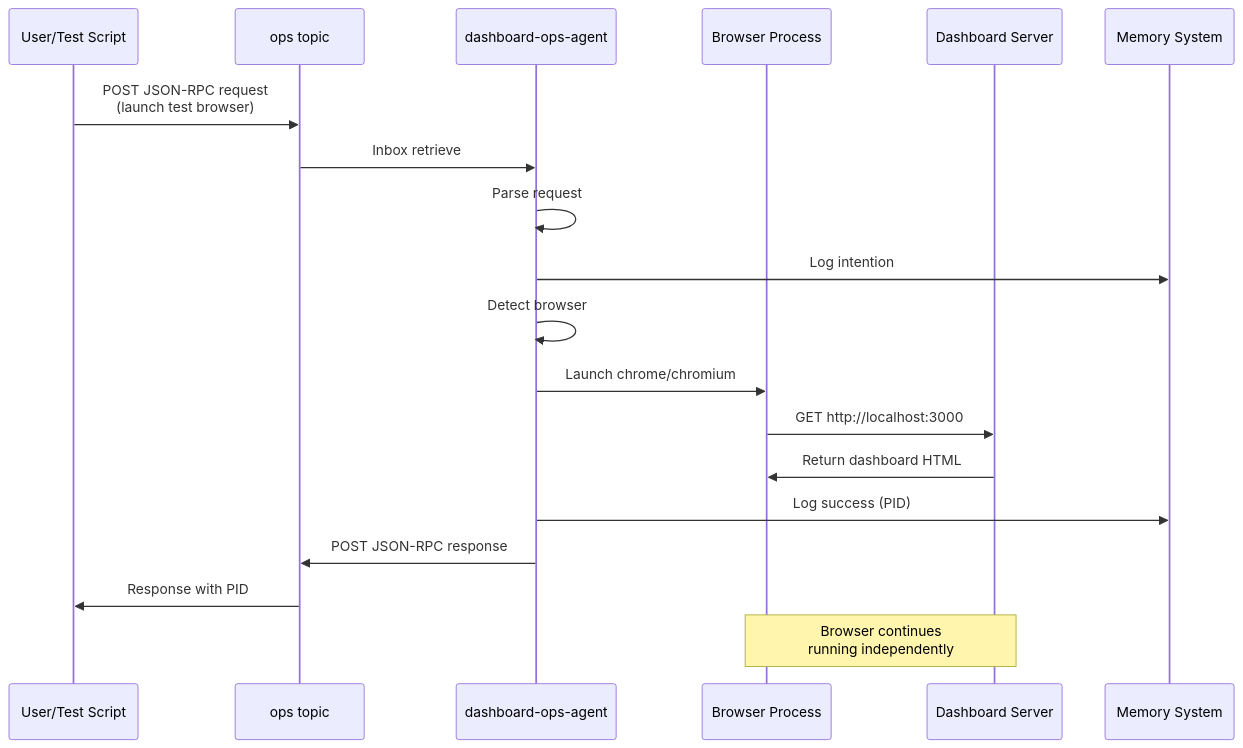
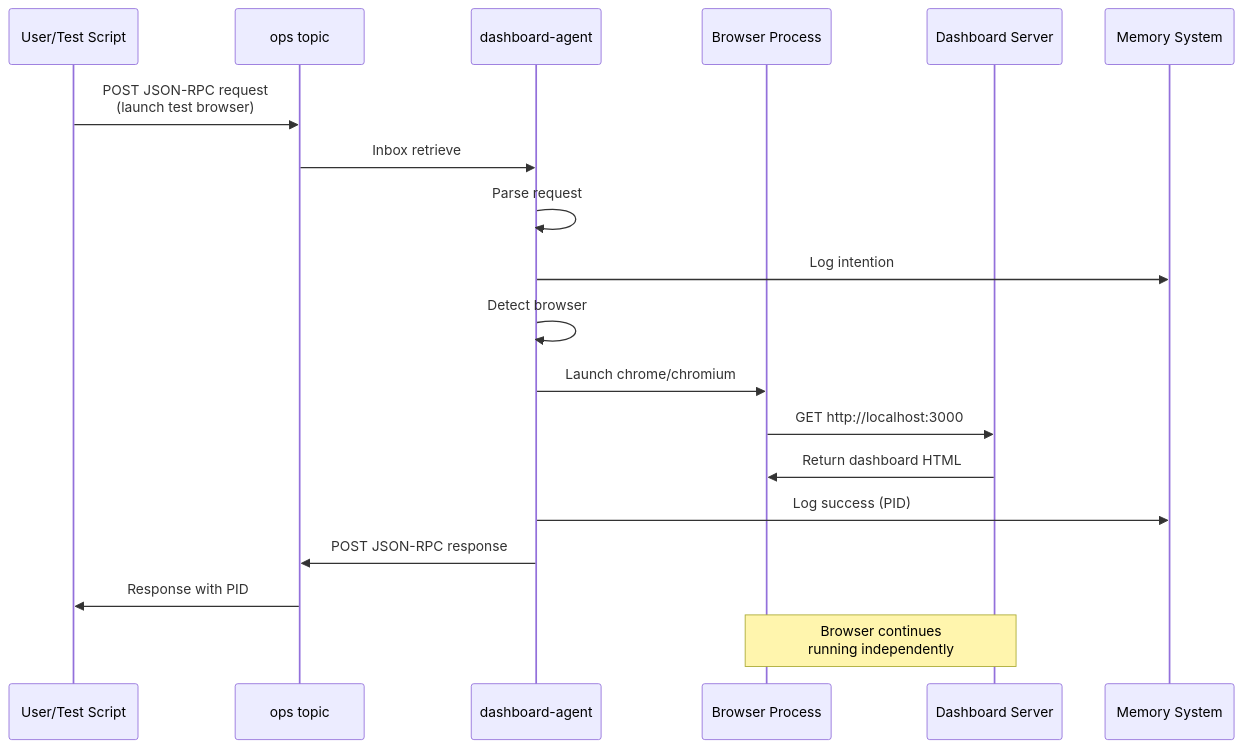
Before and after one commit to EGAdams/planner: the second of 3 diagrams in doc/architecture/dashboard_browser_architecture.md, drawn with Mermaid. The commit also changed other lines of this file and 72 other files, not shown here.

Commit message:
added a2a communicating agents folder.  renamed dashboard-ops-agent to dashboard-agent

````diff
--- a/doc/architecture/dashboard_browser_architecture.md
+++ b/doc/architecture/dashboard_browser_architecture.md
@@ -32,25 +32,25 @@
 ```mermaid
 sequenceDiagram
     participant U as User/Test Script
     participant T as ops topic
-    participant A as dashboard-ops-agent
+    participant A as dashboard-agent
     participant B as Browser Process
     participant D as Dashboard Server
     participant M as Memory System
     
     U->>T: POST JSON-RPC request<br/>(launch test browser)
     T->>A: Inbox retrieve
     A->>A: Parse request
     A->>M: Log intention
     
     A->>A: Detect browser
     A->>B: Launch chrome/chromium
     B->>D: GET http://localhost:3000
     D->>B: Return dashboard HTML
     
     A->>M: Log success (PID)
     A->>T: POST JSON-RPC response
     T->>U: Response with PID
     
     Note over B,D: Browser continues<br/>running independently
 ```
````
